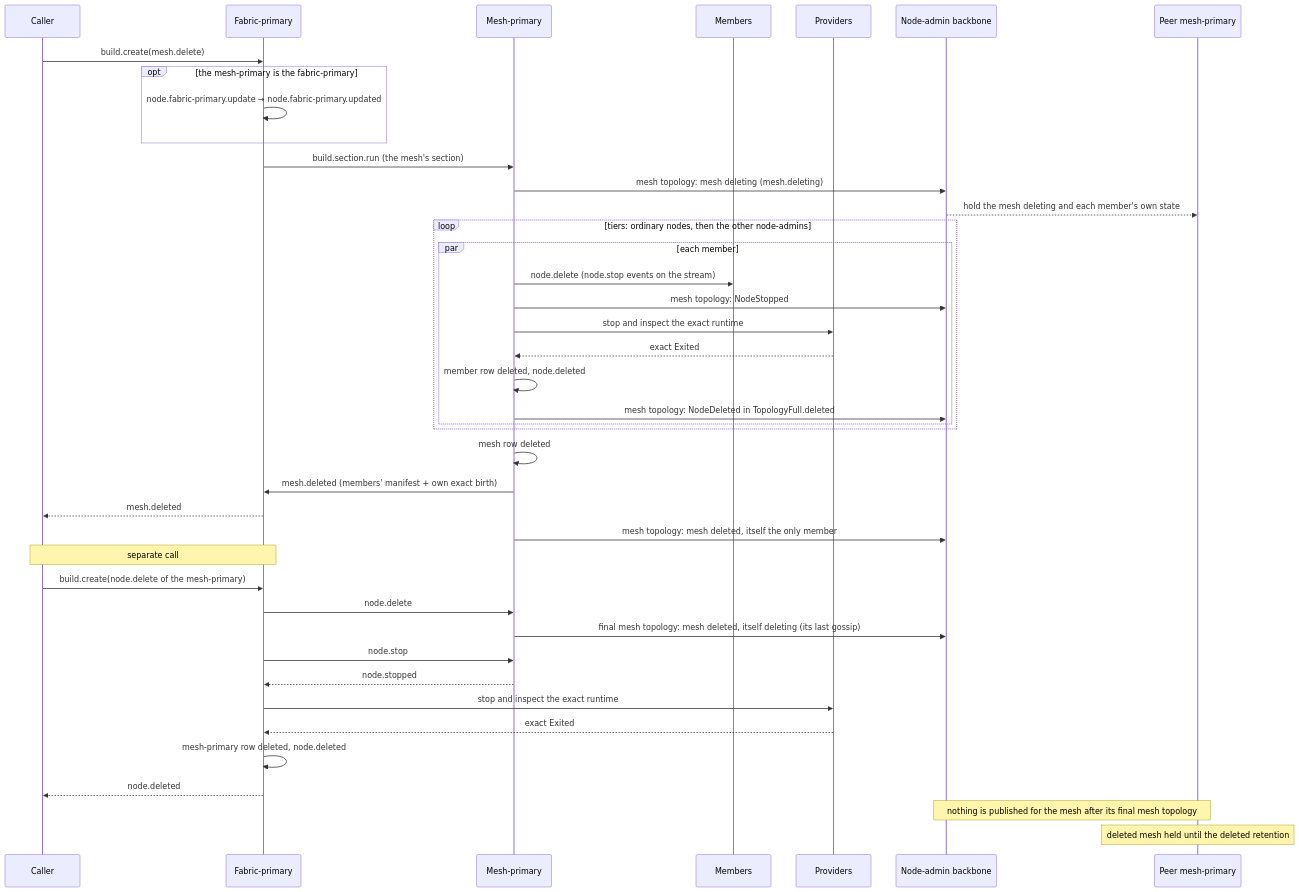
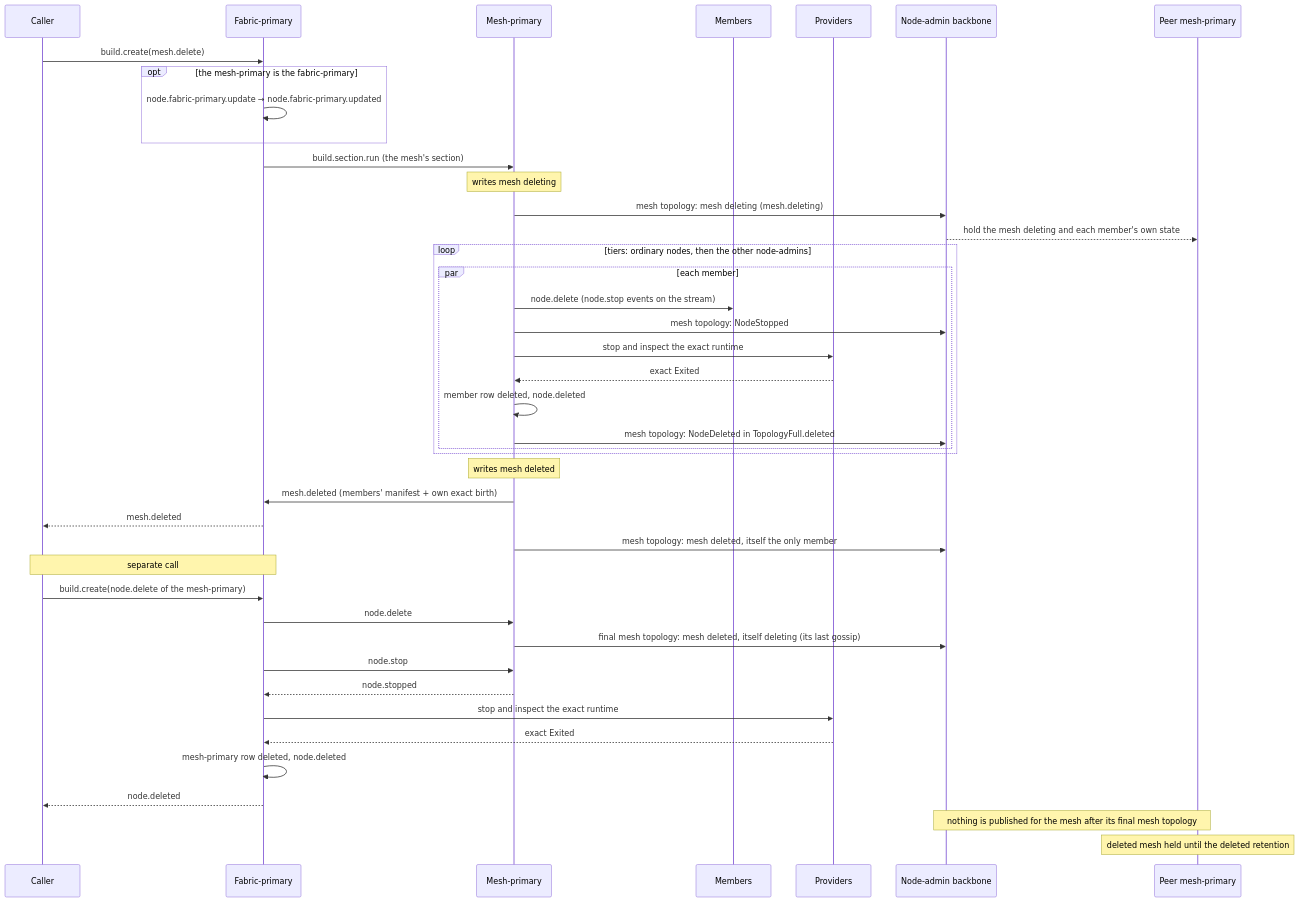
One commit to drlukeangel/rust-distributed-mesh changed the diagram in docs/architecture/lifecycles/mesh-delete.md. Above: the diagram before and after it, drawn with Mermaid. The commit also changed other lines of this file and 38 other files, not shown here.

First line of the commit message:
docs(architecture, Q368): every lifecycle page has States written, each state's stored line in full and its write marked in the diagram

````diff
--- a/docs/architecture/lifecycles/mesh-delete.md
+++ b/docs/architecture/lifecycles/mesh-delete.md
@@ -193,43 +193,44 @@
 ```mermaid
 sequenceDiagram
     participant C as Caller
     participant F as Fabric-primary
     participant M as Mesh-primary
     participant N as Members
     participant P as Providers
     participant B as Node-admin backbone
     participant R as Peer mesh-primary
     C->>F: build.create(mesh.delete)
     opt the mesh-primary is the fabric-primary
         F->>F: node.fabric-primary.update → node.fabric-primary.updated
     end
     F->>M: build.section.run (the mesh's section)
+    Note over M: writes mesh deleting
     M->>B: mesh topology: mesh deleting (mesh.deleting)
     B-->>R: hold the mesh deleting and each member's own state
     loop tiers: ordinary nodes, then the other node-admins
         par each member
             M->>N: node.delete (node.stop events on the stream)
             M->>B: mesh topology: NodeStopped
             M->>P: stop and inspect the exact runtime
             P-->>M: exact Exited
             M->>M: member row deleted, node.deleted
             M->>B: mesh topology: NodeDeleted in TopologyFull.deleted
         end
     end
-    M->>M: mesh row deleted
+    Note over M: writes mesh deleted
     M->>F: mesh.deleted (members' manifest + own exact birth)
     F-->>C: mesh.deleted
     M->>B: mesh topology: mesh deleted, itself the only member
     Note over C,F: separate call
     C->>F: build.create(node.delete of the mesh-primary)
     F->>M: node.delete
     M->>B: final mesh topology: mesh deleted, itself deleting (its last gossip)
     F->>M: node.stop
     M-->>F: node.stopped
     F->>P: stop and inspect the exact runtime
     P-->>F: exact Exited
     F->>F: mesh-primary row deleted, node.deleted
     F-->>C: node.deleted
     Note over B,R: nothing is published for the mesh after its final mesh topology
     Note over R: deleted mesh held until the deleted retention
 ```
````
